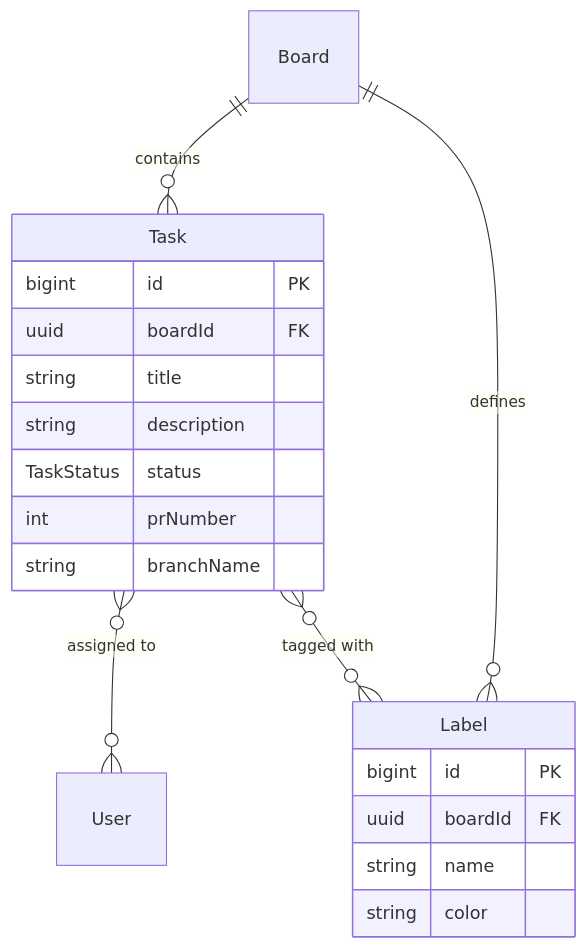
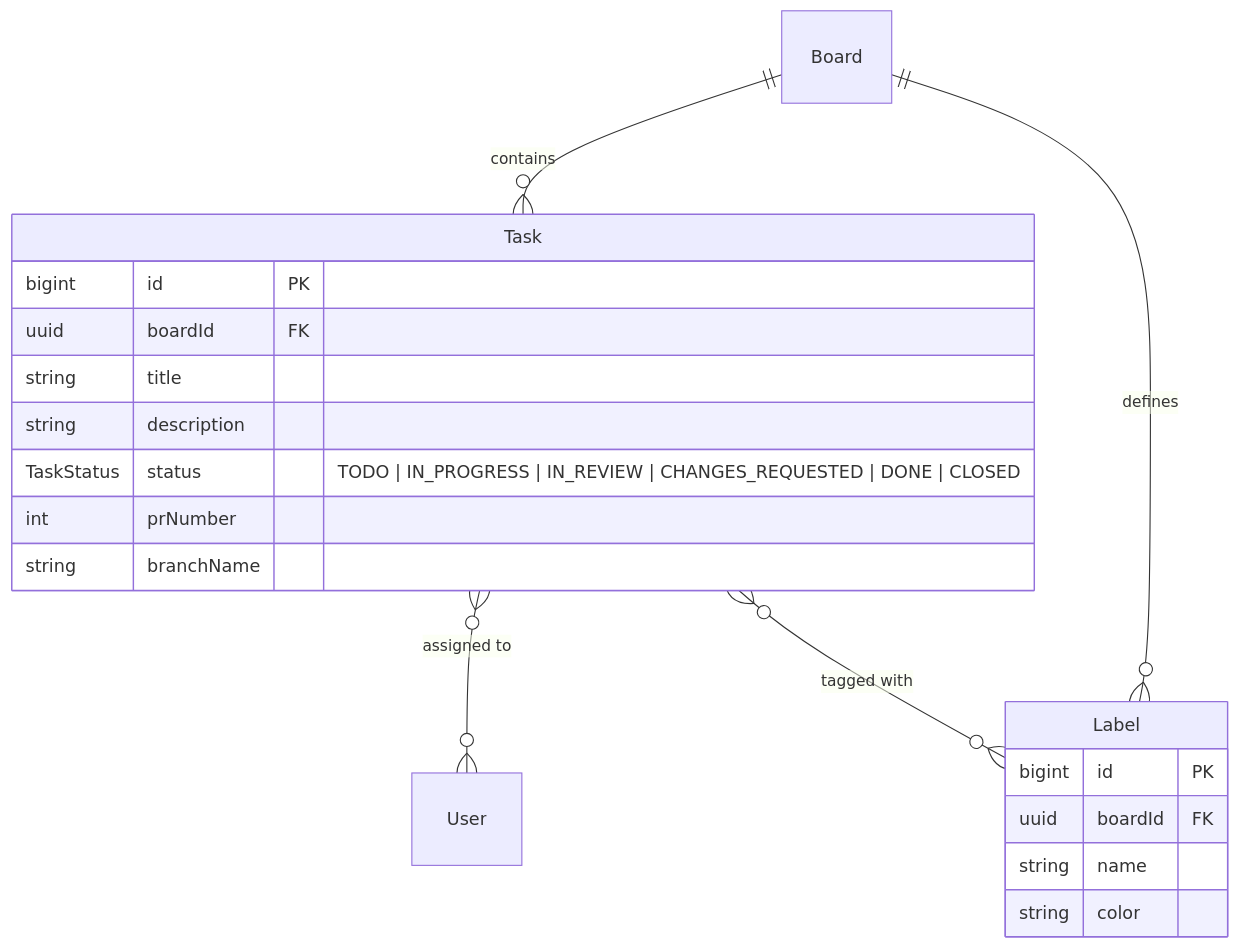
Before and after one commit to mmoehabb/syncopate: the third of 4 diagrams in docs/ERD.md, drawn with Mermaid. The commit also changed 13 other files, not shown here.

````diff
--- a/docs/ERD.md
+++ b/docs/ERD.md
@@ -81,23 +81,23 @@
 ```mermaid
 erDiagram
     Board ||--o{ Task : "contains"
     Board ||--o{ Label : "defines"
     Task }o--o{ User : "assigned to"
     Task }o--o{ Label : "tagged with"
 
     Task {
         bigint id PK
         uuid boardId FK
         string title
         string description
-        TaskStatus status
+        TaskStatus status "TODO | IN_PROGRESS | IN_REVIEW | CHANGES_REQUESTED | DONE | CLOSED"
         int prNumber
         string branchName
     }
     Label {
         bigint id PK
         uuid boardId FK
         string name
         string color
     }
 ```
````
